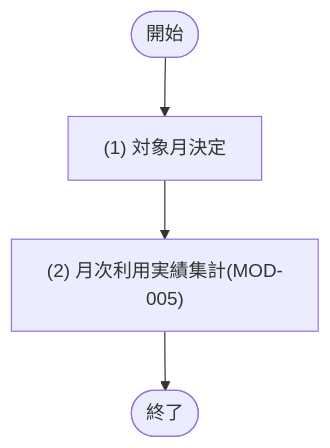
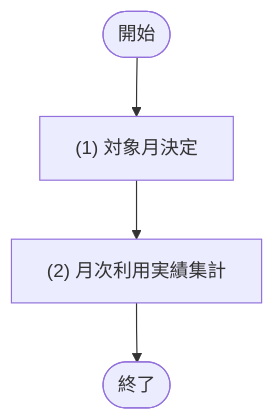
One commit to sikakou54/system-document-template changed the diagram in docs/02_機能設計/04_JOB設計/JOB-003_月次利用実績集計.md. Above: the diagram before and after it, drawn with Mermaid. The commit also changed other lines of this file and 128 other files, not shown here.

````diff
--- a/docs/02_機能設計/04_JOB設計/JOB-003_月次利用実績集計.md
+++ b/docs/02_機能設計/04_JOB設計/JOB-003_月次利用実績集計.md
@@ -33,9 +33,9 @@
 ```mermaid
 flowchart TD
   Start([開始])
   P1["(1) 対象月決定"]
-  P2["(2) 月次利用実績集計(MOD-005)"]
+  P2["(2) 月次利用実績集計"]
   End([終了])
 
   Start --> P1 --> P2 --> End
 ```
````
